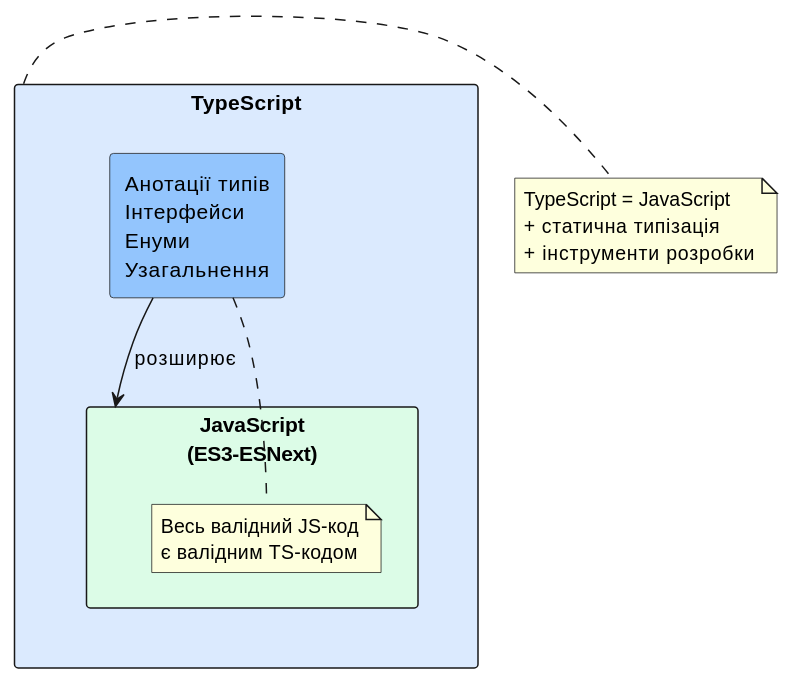
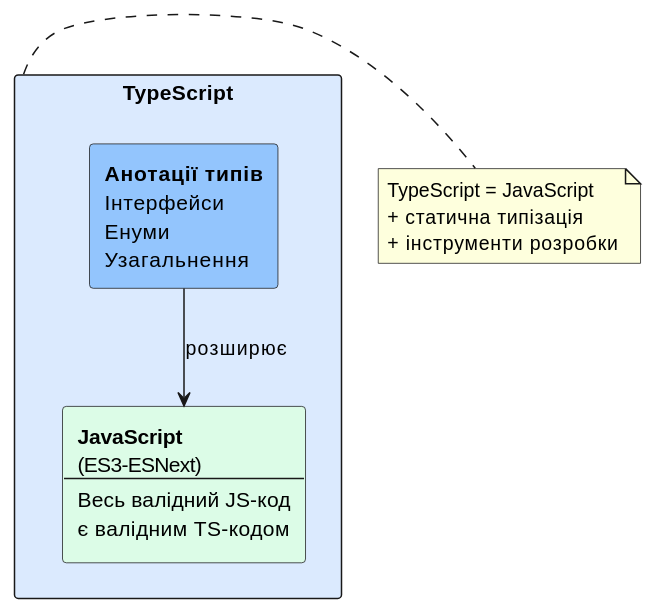
Before and after one commit to arakviel/kostyl.dev: the first of 5 diagrams in content/18.web-development/03.typescript-type-system/01.introduction-compiler-config.md, drawn with PlantUML. The commit also changed other lines of this file and 15 other files, not shown here.

````diff
--- a/content/18.web-development/03.typescript-type-system/01.introduction-compiler-config.md
+++ b/content/18.web-development/03.typescript-type-system/01.introduction-compiler-config.md
@@ -127,25 +127,31 @@
 ```plantuml
 @startuml
 skinparam style plain
 skinparam backgroundColor #FFFFFF
 
 rectangle "TypeScript" as TS #DBEAFE {
-    rectangle "Анотації типів\nІнтерфейси\nЕнуми\nУзагальнення" as TSFeatures #93C5FD
+    rectangle TSFeatures #93C5FD [
+    <b>Анотації типів</b>
+    Інтерфейси
+    Енуми
+    Узагальнення
+    ]
     
-    rectangle "JavaScript\n(ES3-ESNext)" as JS #DCFCE7 {
-        note bottom
-        Весь валідний JS-код
-        є валідним TS-кодом
-        end note
-    }
+    rectangle JS #DCFCE7 [
+    <b>JavaScript</b>
+    (ES3-ESNext)
+    --
+    Весь валідний JS-код
+    є валідним TS-кодом
+    ]
 }
 
 TSFeatures -down-> JS : розширює
 
 note right of TS
   TypeScript = JavaScript
   + статична типізація
   + інструменти розробки
 end note
 @enduml
 ```
````
